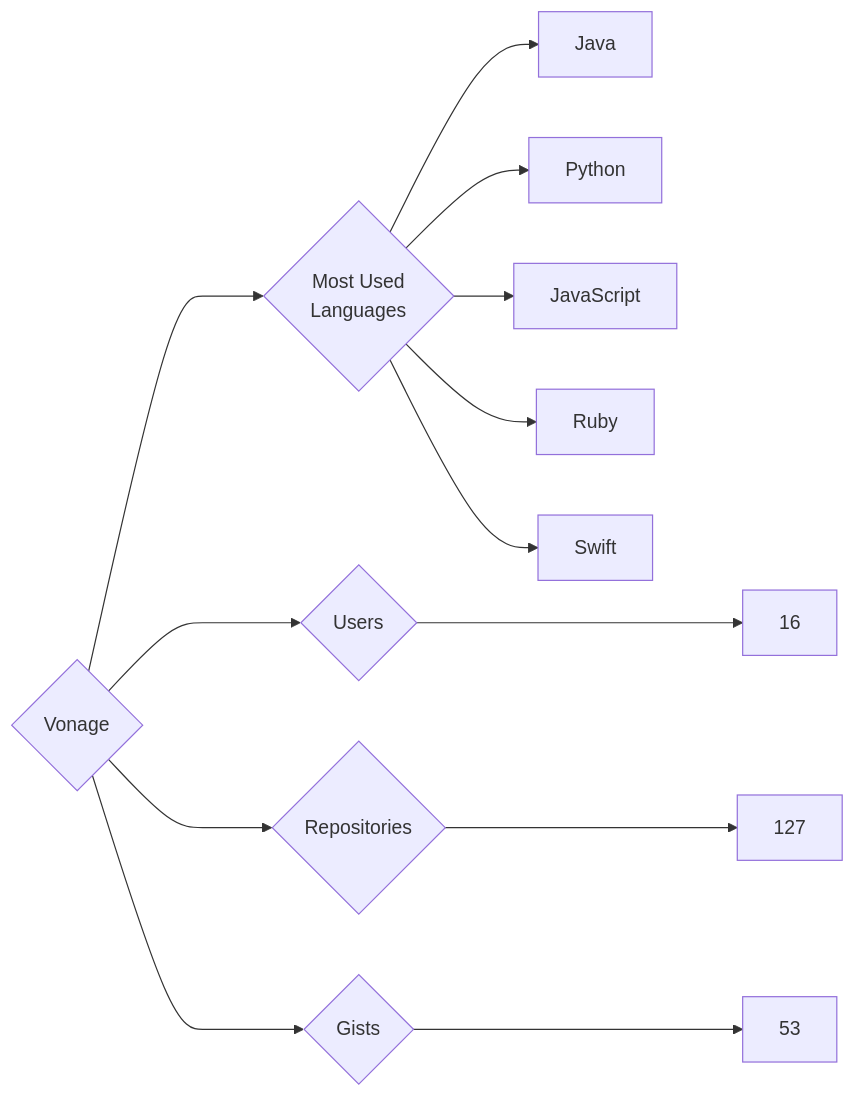
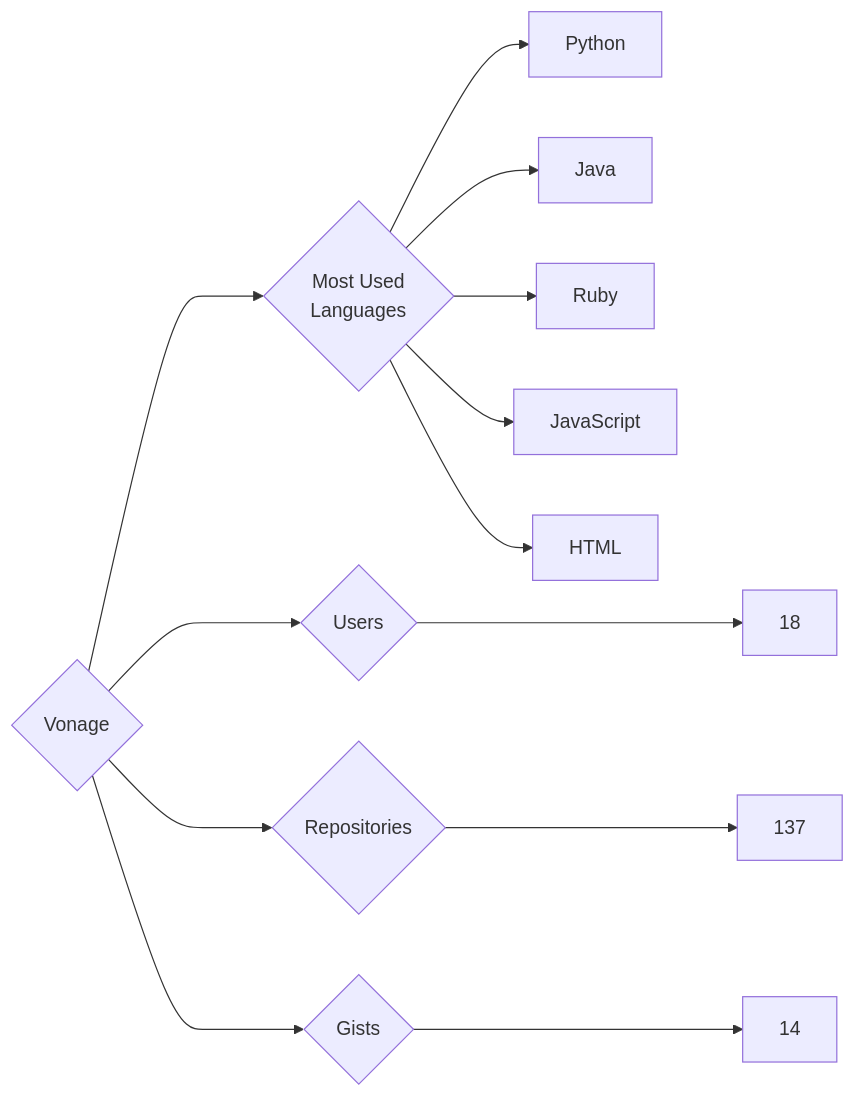
One commit to trickest/insiders changed the diagram in targets/Vonage/README.md. Above: the diagram before and after it, drawn with Mermaid. The commit also changed 839 other files, not shown here.

````diff
--- a/targets/Vonage/README.md
+++ b/targets/Vonage/README.md
@@ -3,13 +3,13 @@
 ```mermaid
 graph LR
 COMPANY_NAME{Vonage}
-COMPANY_NAME ---> U{Users} ---> UN[16]
-COMPANY_NAME ---> R{Repositories} ---> RN[127]
-COMPANY_NAME ---> G{Gists} ---> GN[53]
+COMPANY_NAME ---> U{Users} ---> UN[18]
+COMPANY_NAME ---> R{Repositories} ---> RN[137]
+COMPANY_NAME ---> G{Gists} ---> GN[14]
 COMPANY_NAME ---> ML{Most Used<br>Languages}
+ML --> Python[Python]
 ML --> Java[Java]
-ML --> Python[Python]
+ML --> Ruby[Ruby]
 ML --> JavaScript[JavaScript]
-ML --> Ruby[Ruby]
-ML --> Swift[Swift]
+ML --> HTML[HTML]
 ```
````
